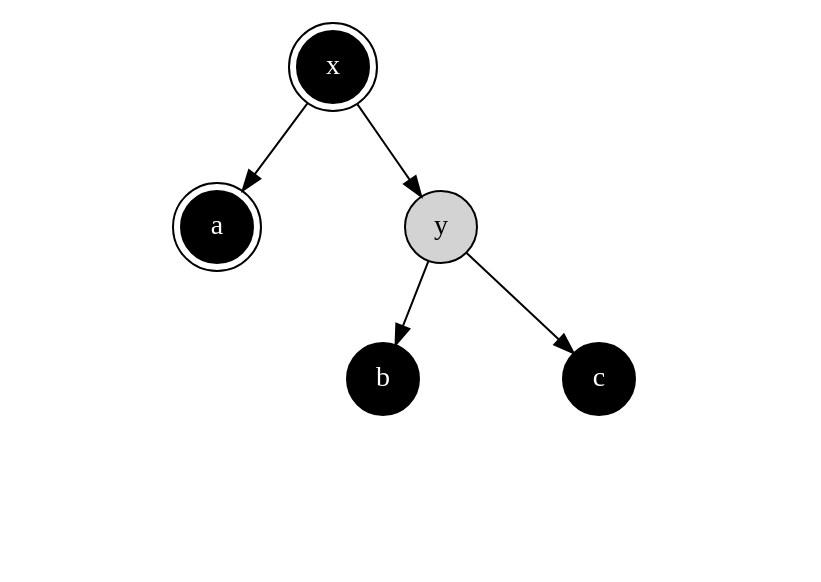
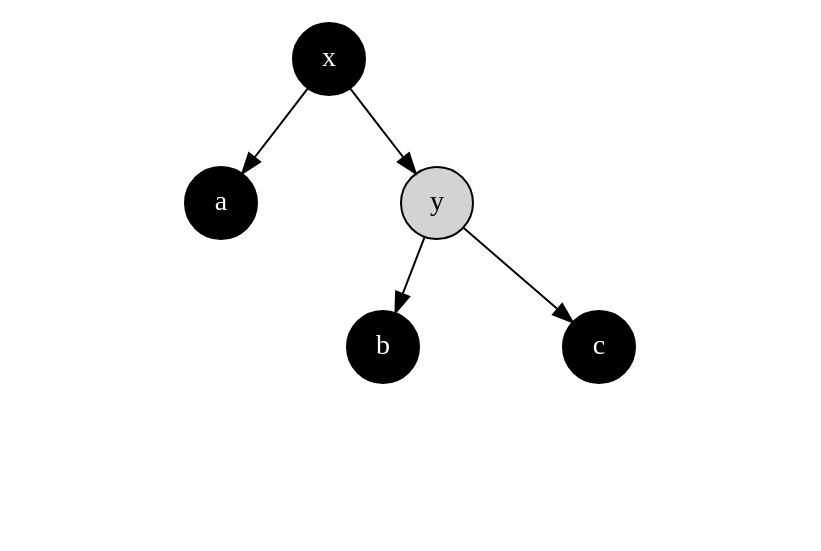
The diagram in datastruct/tree/red-black-tree/img/case2-a1.dot (liuxinyu95/AlgoXY), drawn with Graphviz before and after one commit. The commit also changed 6 other files, not shown here.

```diff
--- a/datastruct/tree/red-black-tree/img/case2-a1.dot
+++ b/datastruct/tree/red-black-tree/img/case2-a1.dot
@@ -1,39 +1,39 @@
 digraph G{
 	node[shape=circle]
-	ax[label="x", style=filled, fillcolor=black, fontcolor=white, peripheries=2];
-	aa[label="a", style=filled, fillcolor=black, fontcolor=white, peripheries=2];
+	ax[label="x", style=filled, fillcolor=black, fontcolor=white];
+	aa[label="a", style=filled, fillcolor=black, fontcolor=white];
 	nilaal[label="", style=invis];
 	nilaar[label="", style=invis];
 	nilaam[label="", style=invis];
 	aa->nilaal[style=invis];
 	aa->nilaam[style=invis];
 	aa->nilaar[style=invis];
 	{rank=same nilaal->nilaam->nilaar[style=invis]}
 	ay[label="y", style=filled, fillcolor=lightgray, fontcolor=black];
 	ab[label="b", style=filled, fillcolor=black, fontcolor=white];
 	nilabl[label="", style=invis];
 	nilabr[label="", style=invis];
 	nilabm[label="", style=invis];
 	ab->nilabl[style=invis];
 	ab->nilabm[style=invis];
 	ab->nilabr[style=invis];
 	{rank=same nilabl->nilabm->nilabr[style=invis]}
 	ac[label="c", style=filled, fillcolor=black, fontcolor=white];
 	nilacl[label="", style=invis];
 	nilacr[label="", style=invis];
 	nilacm[label="", style=invis];
 	ac->nilacl[style=invis];
 	ac->nilacm[style=invis];
 	ac->nilacr[style=invis];
 	{rank=same nilacl->nilacm->nilacr[style=invis]}
 	nilaym[label="", style=invis];
 	ay->ab
 	ay->nilaym[style=invis];
 	ay->ac
 	{rank=same ab->nilaym->ac[style=invis]}
 	nilaxm[label="", style=invis];
 	ax->aa
 	ax->nilaxm[style=invis];
 	ax->ay
 	{rank=same aa->nilaxm->ay[style=invis]}
 }
```
